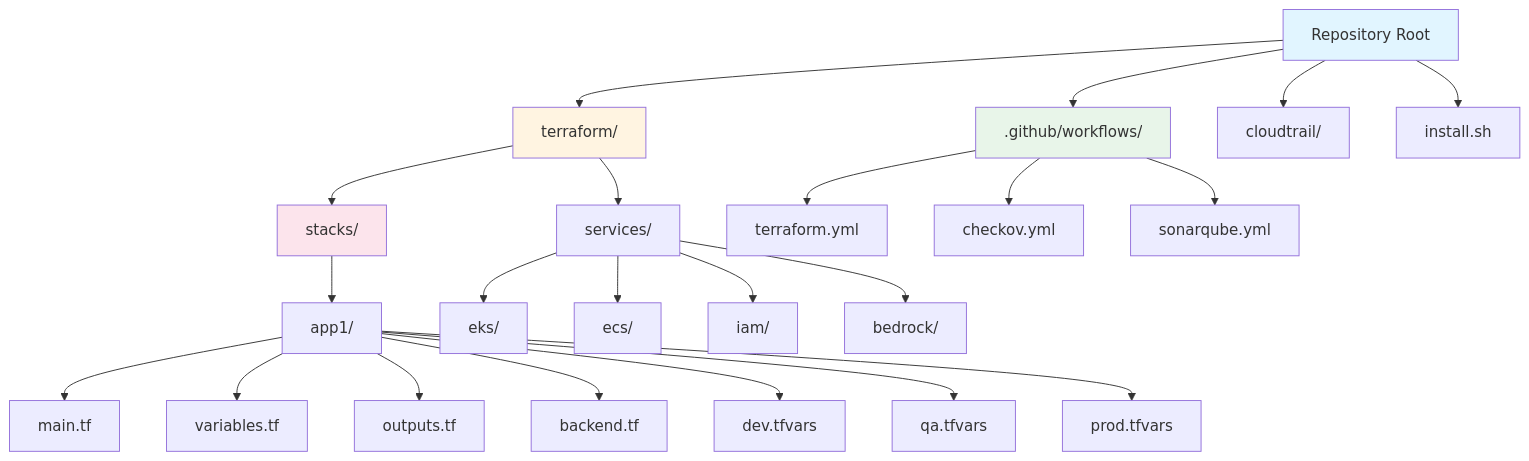
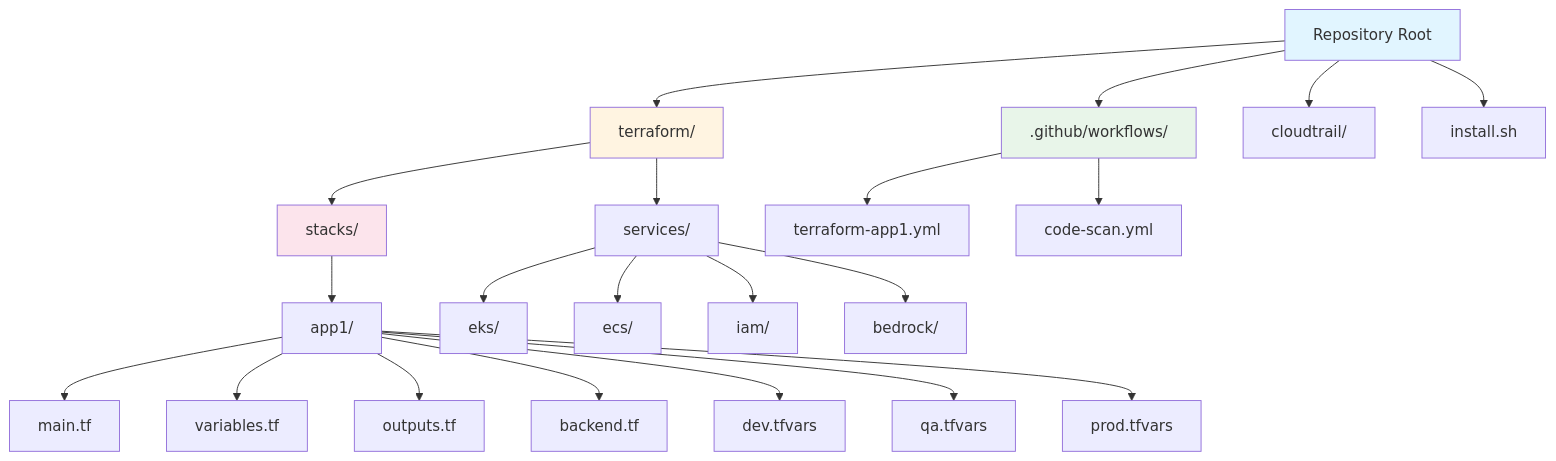
The first of 13 diagrams in DIAGRAMS.md (vegatros/repo1), drawn with Mermaid before and after one commit. The commit also changed other lines of this file, not shown here.

Commit message:
Update DIAGRAMS.md to reflect latest workflow changes

````diff
--- a/DIAGRAMS.md
+++ b/DIAGRAMS.md
@@ -18,33 +18,32 @@
 ```mermaid
 graph TD
     A[Repository Root] --> B[terraform/]
     A --> C[.github/workflows/]
     A --> D[cloudtrail/]
     A --> E[install.sh]
     
     B --> B1[stacks/]
     B --> B2[services/]
     
     B1 --> B1A[app1/]
     B1A --> B1A1[main.tf]
     B1A --> B1A2[variables.tf]
     B1A --> B1A3[outputs.tf]
     B1A --> B1A4[backend.tf]
     B1A --> B1A5[dev.tfvars]
     B1A --> B1A6[qa.tfvars]
     B1A --> B1A7[prod.tfvars]
     
     B2 --> B2A[eks/]
     B2 --> B2B[ecs/]
     B2 --> B2C[iam/]
     B2 --> B2D[bedrock/]
     
-    C --> C1[terraform.yml]
-    C --> C2[checkov.yml]
-    C --> C3[sonarqube.yml]
+    C --> C1[terraform-app1.yml]
+    C --> C2[code-scan.yml]
     
     style A fill:#e1f5ff
     style B fill:#fff4e1
     style C fill:#e8f5e9
     style B1 fill:#fce4ec
 ```
````
